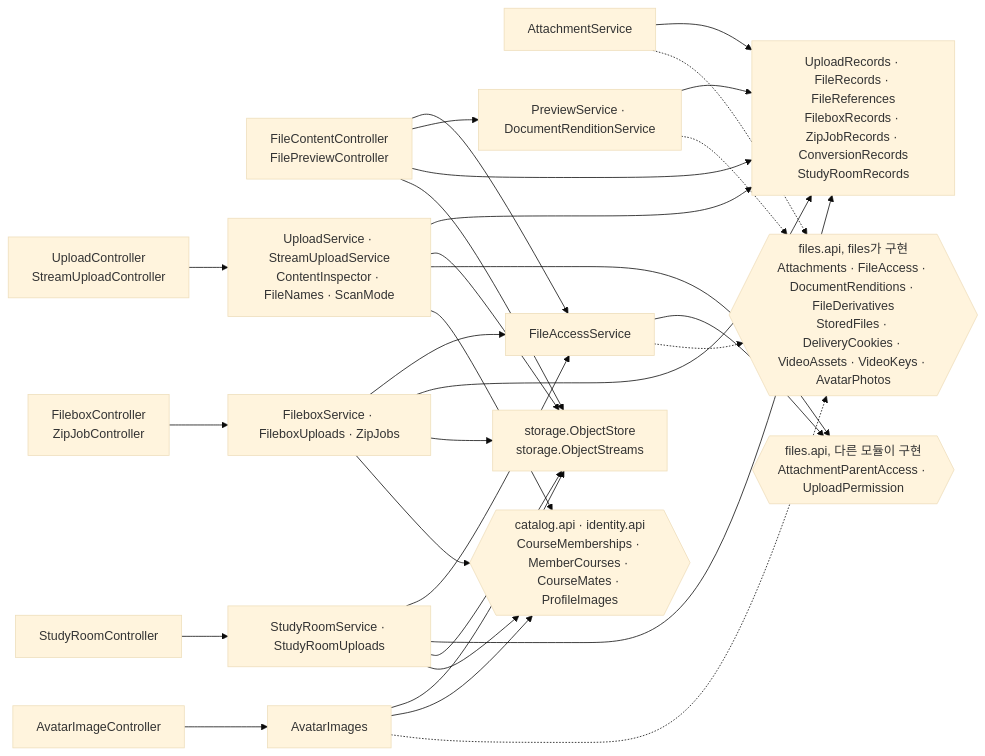
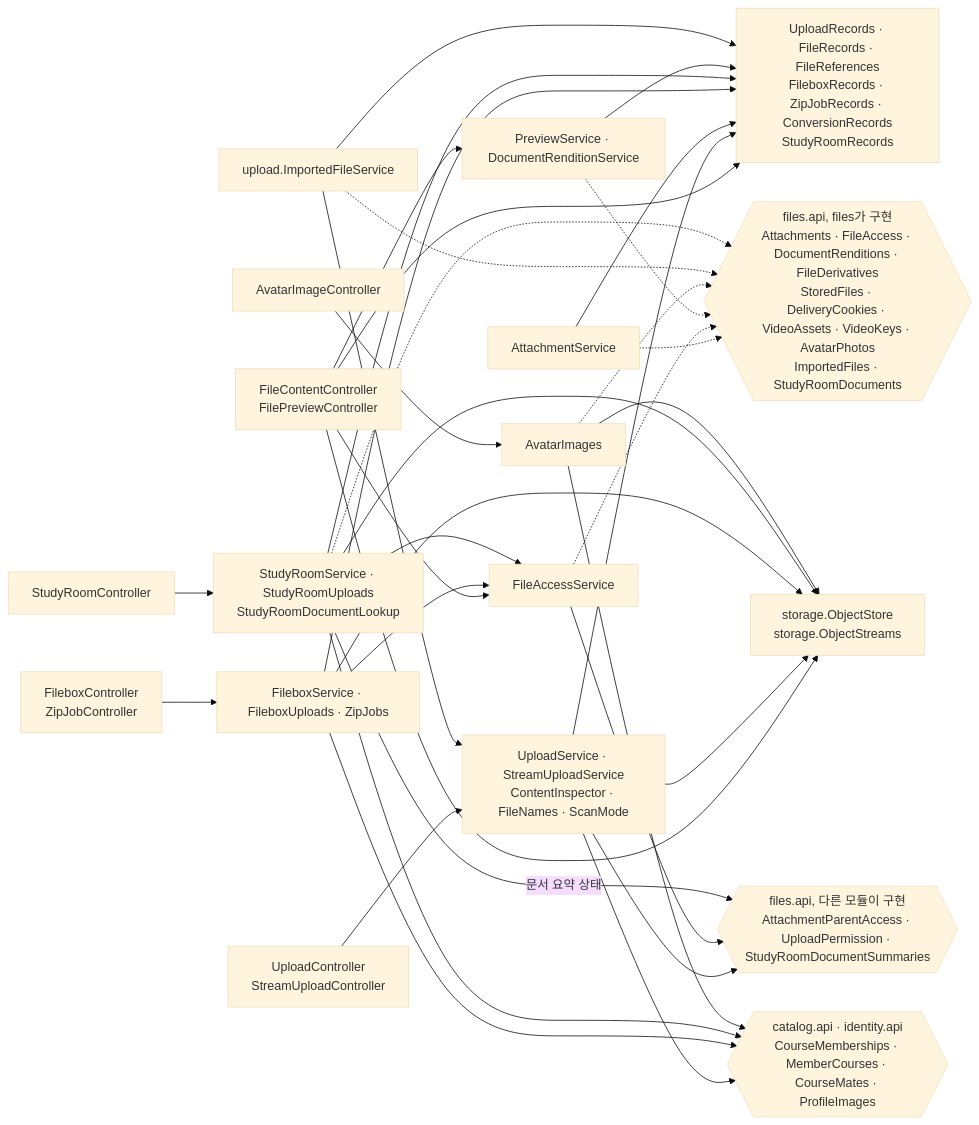
One commit to 2026ENDPoinT/team13 changed diagram 12 of 19 in backend/docs/c4.md. Above: the diagram before and after it, drawn with Mermaid (base theme). The commit also changed other lines of this file and 1 other file, not shown here.

````diff
--- a/backend/docs/c4.md
+++ b/backend/docs/c4.md
@@ -449,37 +519,40 @@
 ```mermaid
 flowchart LR
   CU["UploadController<br/>StreamUploadController"]
   CF["FileContentController<br/>FilePreviewController"]
   CB["FileboxController<br/>ZipJobController"]
   CA["AvatarImageController"]
   CS["StudyRoomController"]
   US["UploadService · StreamUploadService<br/>ContentInspector · FileNames · ScanMode"]
   AS["AttachmentService"]
   FA["FileAccessService"]
   FB["FileboxService · FileboxUploads · ZipJobs"]
-  SR["StudyRoomService · StudyRoomUploads"]
+  SR["StudyRoomService · StudyRoomUploads<br/>StudyRoomDocumentLookup"]
+  IF["upload.ImportedFileService"]
   AV["AvatarImages"]
   PV["PreviewService · DocumentRenditionService"]
   R["UploadRecords · FileRecords · FileReferences<br/>FileboxRecords · ZipJobRecords · ConversionRecords<br/>StudyRoomRecords"]
   OS["storage.ObjectStore<br/>storage.ObjectStreams"]
-  API{{"files.api, files가 구현<br/>Attachments · FileAccess · DocumentRenditions · FileDerivatives<br/>StoredFiles · DeliveryCookies · VideoAssets · VideoKeys · AvatarPhotos"}}
-  PAR{{"files.api, 다른 모듈이 구현<br/>AttachmentParentAccess · UploadPermission"}}
+  API{{"files.api, files가 구현<br/>Attachments · FileAccess · DocumentRenditions · FileDerivatives<br/>StoredFiles · DeliveryCookies · VideoAssets · VideoKeys · AvatarPhotos<br/>ImportedFiles · StudyRoomDocuments"}}
+  PAR{{"files.api, 다른 모듈이 구현<br/>AttachmentParentAccess · UploadPermission · StudyRoomDocumentSummaries"}}
   EXT{{"catalog.api · identity.api<br/>CourseMemberships · MemberCourses · CourseMates · ProfileImages"}}
   CU --> US
   CF --> FA & PV & R & OS
   CB --> FB
   CA --> AV
   CS --> SR
   US --> R & OS
   US --> PAR
   US --> EXT
   AS --> R
   FA --> PAR
   FB --> FA & R & OS
   FB --> EXT
   SR --> FA & R & OS
   SR --> EXT
   AV --> OS & EXT
   PV --> R
-  AS & FA & PV & AV -.-> API
+  IF --> US & R
+  SR -->|"문서 요약 상태"| PAR
+  AS & FA & PV & AV & IF & SR -.-> API
 ```
````
